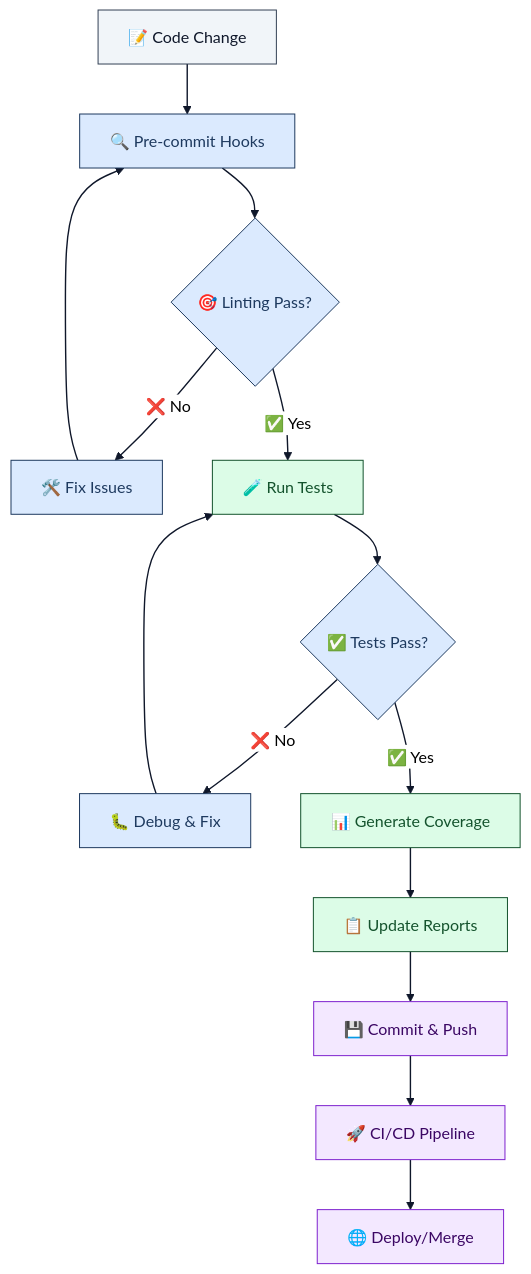
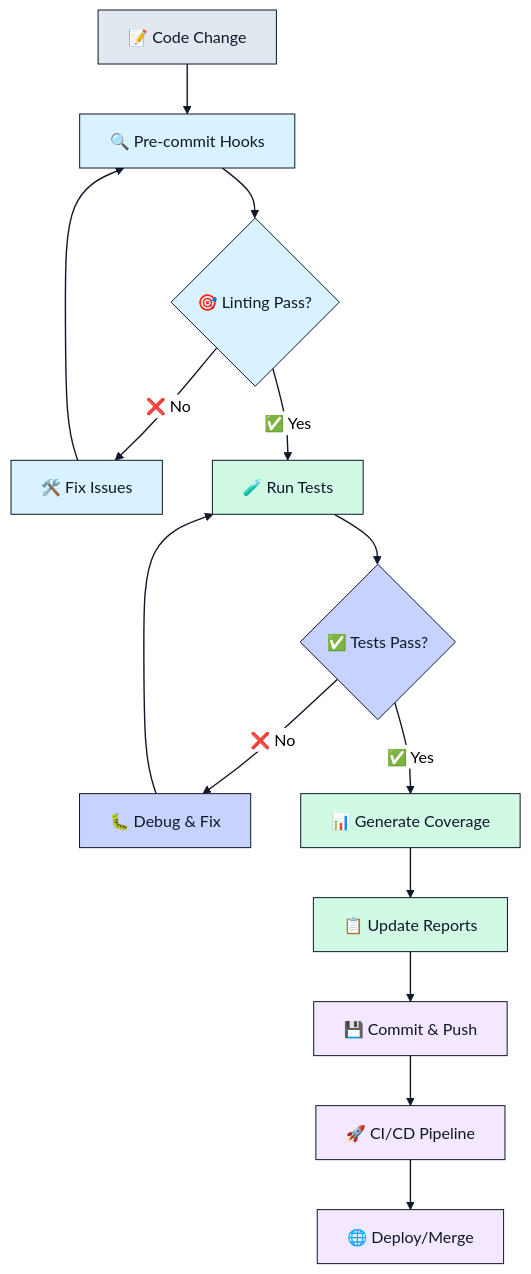
One commit to lightspeedwp/.github changed the third of 7 diagrams in README.md. Above: the diagram before and after it, drawn with Mermaid (neutral theme). The commit also changed other lines of this file and 16 other files, not shown here.

First line of the commit message:
feat(mermaid): WCAG 2.2 AA colour contrast validation and updated diagram standards (#977)

````diff
--- a/README.md
+++ b/README.md
@@ -282,41 +278,39 @@
 ```mermaid
----
+flowchart TD
 accTitle: Development workflow process
 accDescr: The diagram shows code changes entering pre-commit hooks, passing lint/test stages, generating coverage, and finally pushing through CI/CD and deployment.
----
-flowchart TD
     A[📝 Code Change] --> B[🔍 Pre-commit Hooks]
     B --> C{🎯 Linting Pass?}
     C -->|❌ No| D[🛠️ Fix Issues]
     D --> B
     C -->|✅ Yes| E[🧪 Run Tests]
     E --> F{✅ Tests Pass?}
     F -->|❌ No| G[🐛 Debug & Fix]
     G --> E
     F -->|✅ Yes| H[📊 Generate Coverage]
     H --> I[📋 Update Reports]
     I --> J[💾 Commit & Push]
     J --> K[🚀 CI/CD Pipeline]
     K --> L[🌐 Deploy/Merge]
 
-    classDef change fill:#f1f5f9,color:#0f172a,stroke:#334155
-    classDef hook fill:#dbeafe,color:#1e3a5f,stroke:#1e3a5f
-    classDef test fill:#dcfce7,color:#14532d,stroke:#14532d
-    classDef check fill:#dbeafe,color:#1e3a5f,stroke:#1e3a5f
-    classDef deployment fill:#f3e8ff,color:#3b0764,stroke:#7e22ce
+    classDef change fill:#e2e8f0,stroke:#0f172a,color:#0f172a
+    classDef hook fill:#d9f2ff,stroke:#0f172a,color:#0f172a
+    classDef test fill:#d1fae5,stroke:#0f172a,color:#0f172a
+    classDef check fill:#c7d2fe,stroke:#0f172a,color:#0f172a
+    classDef deployment fill:#f3e8ff,stroke:#0f172a,color:#0f172a
 
     class A change
     class B hook
     class C hook
     class D hook
     class E test
     class F check
     class G check
     class H test
     class I test
     class J deployment
     class K deployment
     class L deployment
 
     linkStyle default stroke:#0f172a,stroke-width:1.4px
 ```
````
